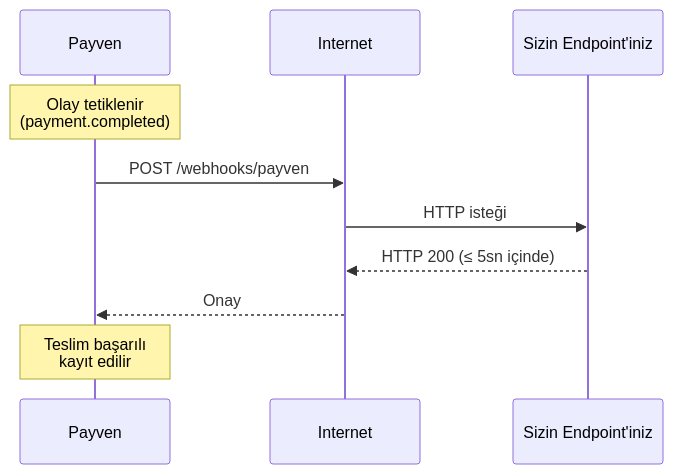
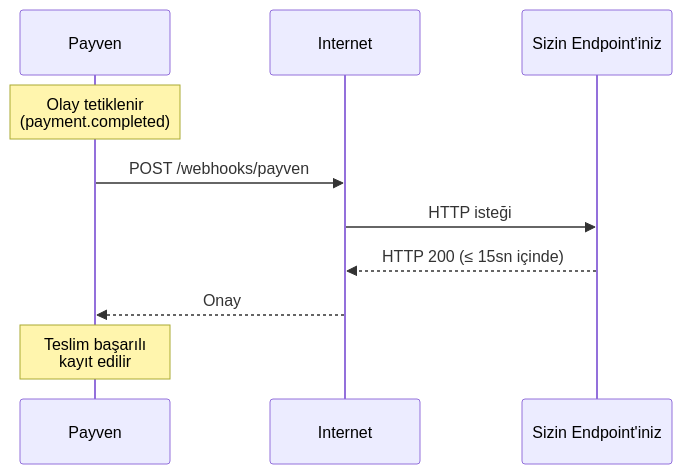
The diagram in documentation/concepts/webhooks.mdx (payment-pos/mintlify), drawn with Mermaid before and after one commit. The commit also changed other lines of this file and 24 other files, not shown here.

````diff
--- a/documentation/concepts/webhooks.mdx
+++ b/documentation/concepts/webhooks.mdx
@@ -23,13 +23,13 @@
 ```mermaid
 sequenceDiagram
     participant Payven
     participant Net as Internet
     participant You as Sizin Endpoint'iniz
 
     Note over Payven: Olay tetiklenir<br/>(payment.completed)
     Payven->>Net: POST /webhooks/payven
     Net->>You: HTTP isteği
-    You-->>Net: HTTP 200 (≤ 5sn içinde)
+    You-->>Net: HTTP 200 (≤ 15sn içinde)
     Net-->>Payven: Onay
     Note over Payven: Teslim başarılı<br/>kayıt edilir
 ```
````
